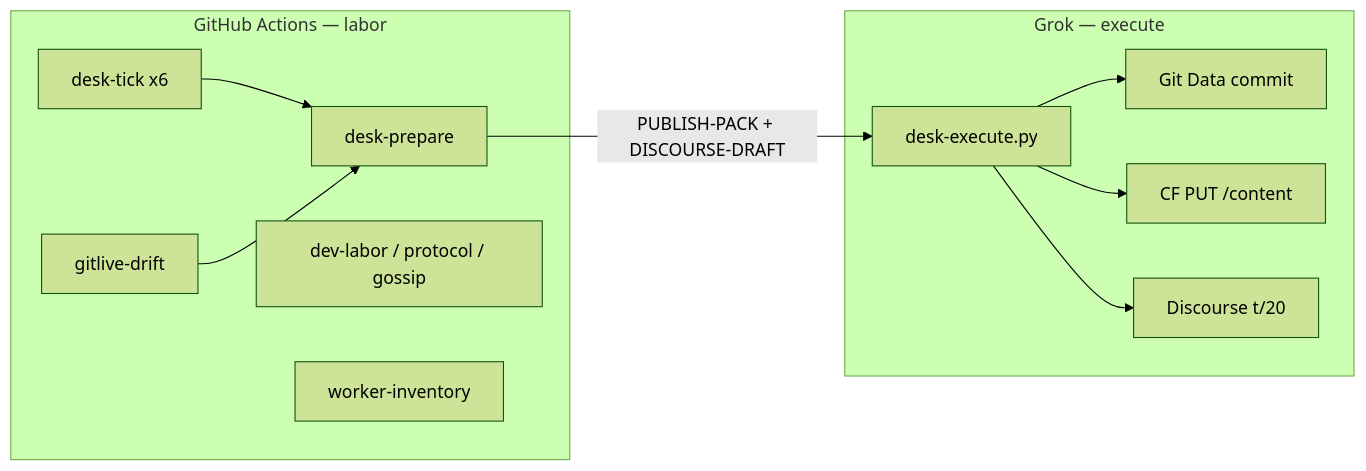
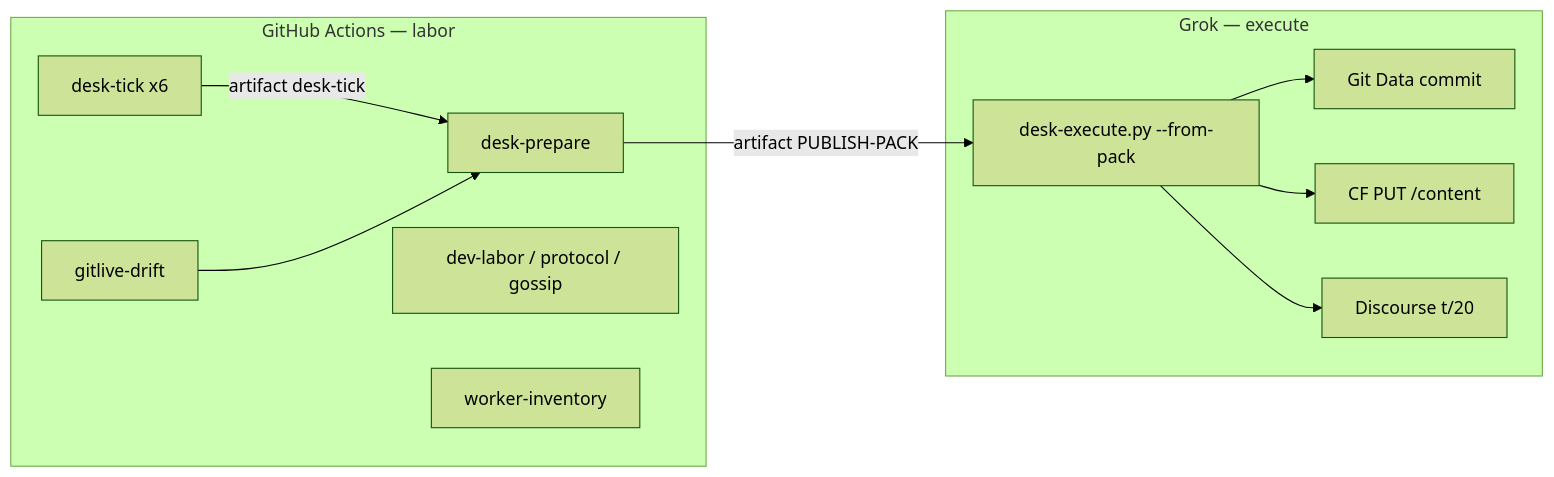
One commit to StrataMesh-Laboratory/stratamesh-core changed the diagram in docs/EDGE-GROK-ACTIONS-PACKAGE.md. Above: the diagram before and after it, drawn with Mermaid (forest theme). The commit also changed other lines of this file and 14 other files, not shown here.

First line of the commit message:
ops(gha): refine desk labor — artifacts, --from-pack, shared config

````diff
--- a/docs/EDGE-GROK-ACTIONS-PACKAGE.md
+++ b/docs/EDGE-GROK-ACTIONS-PACKAGE.md
@@ -14,22 +14,22 @@
 ```mermaid
 flowchart LR
   subgraph gha [GitHub Actions — labor]
     Tick[desk-tick x6]
     Prep[desk-prepare]
     Dev[dev-labor / protocol / gossip]
     Drift[gitlive-drift]
     Inv[worker-inventory]
   end
   subgraph grok [Grok — execute]
-    Ex["desk-execute.py"]
+    Ex["desk-execute.py --from-pack"]
     Git[Git Data commit]
     Live[CF PUT /content]
     Disc[Discourse t/20]
   end
-  Tick --> Prep
+  Tick -->|artifact desk-tick| Prep
   Drift --> Prep
-  Prep -->|PUBLISH-PACK + DISCOURSE-DRAFT| Ex
+  Prep -->|artifact PUBLISH-PACK| Ex
   Ex --> Git
   Ex --> Live
   Ex --> Disc
 ```
````
